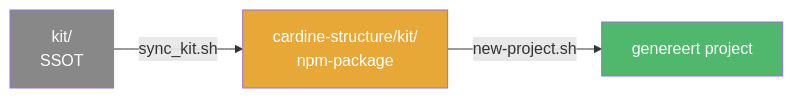
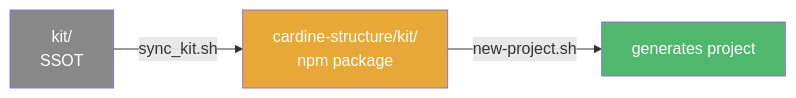
One commit to Lennaertds/cardine changed the diagram in packages/structure/README.md. Above: the diagram before and after it, drawn with Mermaid. The commit also changed other lines of this file and 644 other files, not shown here.

````diff
--- a/packages/structure/README.md
+++ b/packages/structure/README.md
@@ -155,8 +156,8 @@
 ```mermaid
 graph LR
-    AE[kit/<br>SSOT] -->|sync_kit.sh| CS[cardine-structure/kit/<br>npm-package]
-    CS -->|new-project.sh| NP[genereert project]
+    AE[kit/<br>SSOT] -->|sync_kit.sh| CS[cardine-structure/kit/<br>npm package]
+    CS -->|new-project.sh| NP[generates project]
     style AE fill:#888,color:#fff
     style CS fill:#e8a838,color:#fff
     style NP fill:#50b86c,color:#fff
 ```
````
